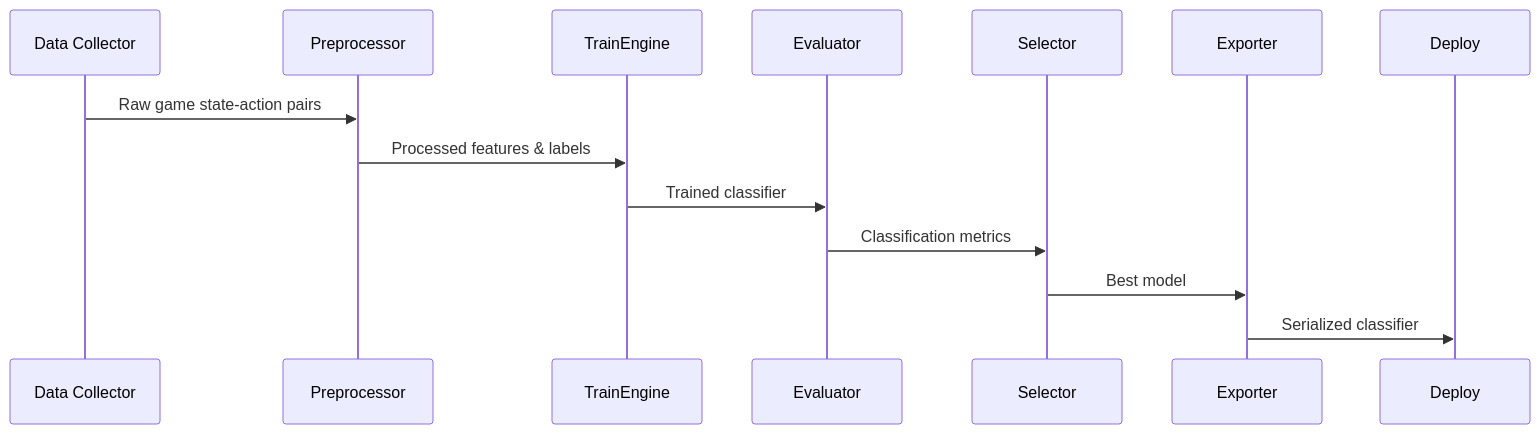
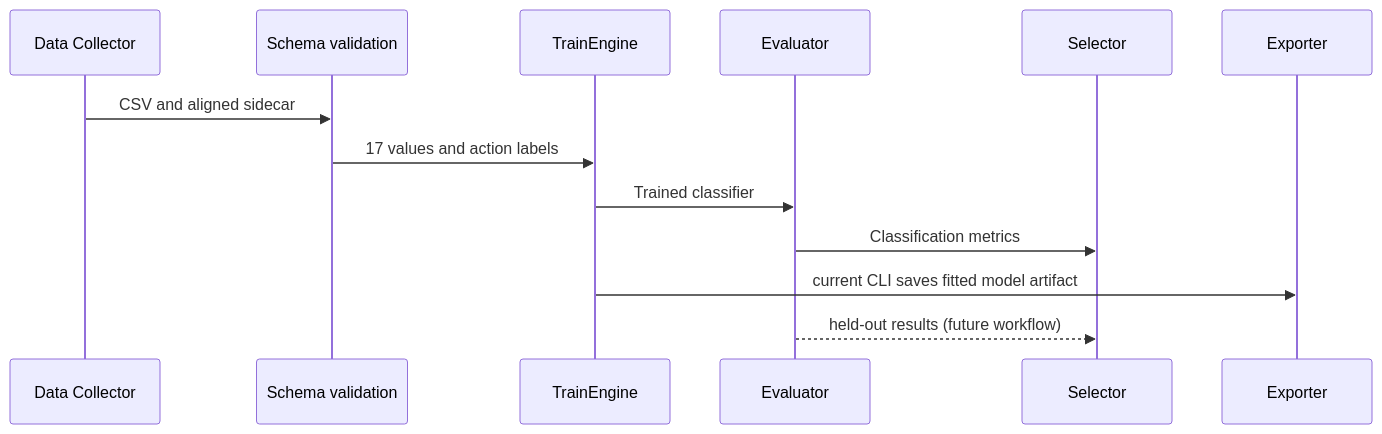
Before and after one commit to Evintkoo/2048-ml: the sixth of 7 diagrams in plans/05-Model/02-Training/01-training-pipeline.md, drawn with Mermaid. The commit also changed other lines of this file and 67 other files, not shown here.

````diff
--- a/plans/05-Model/02-Training/01-training-pipeline.md
+++ b/plans/05-Model/02-Training/01-training-pipeline.md
@@ -150,16 +145,16 @@
 ```mermaid
 sequenceDiagram
     participant Data as Data Collector
-    participant Preprocess as Preprocessor
+    participant Validate as Schema validation
     participant Train as TrainEngine
     participant Eval as Evaluator
     participant Select as Selector
     participant Export as Exporter
     
-    Data->>Preprocess: Raw game state-action pairs
-    Preprocess->>Train: Processed features & labels
+    Data->>Validate: CSV and aligned sidecar
+    Validate->>Train: 17 values and action labels
     Train->>Eval: Trained classifier
     Eval->>Select: Classification metrics
-    Select->>Export: Best model
-    Export->>Deploy: Serialized classifier
+    Train->>Export: current CLI saves fitted model artifact
+    Eval-->>Select: held-out results (future workflow)
 ```
````
